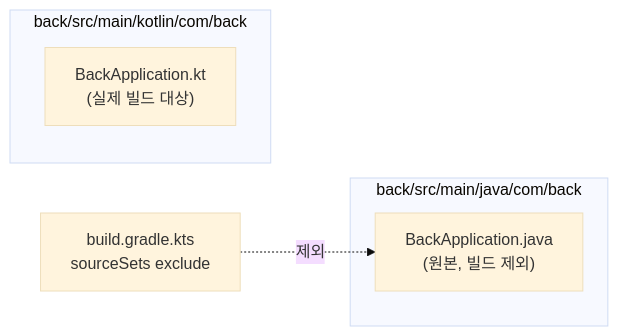
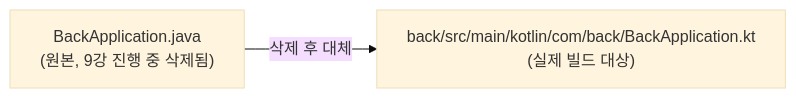
One commit to jomin4/prgrms-kotlin_conversion changed the diagram in docs/learning-log/step-06.md. Above: the diagram before and after it, drawn with Mermaid (base theme). The commit also changed other lines of this file and 3 other files, not shown here.

Commit message:
6강 소급 수정: 자바 원본 삭제, sourceSets exclude 제거 (9강부터 삭제-후-대체 방식 확정)

````diff
--- a/docs/learning-log/step-06.md
+++ b/docs/learning-log/step-06.md
@@ -48,10 +55,4 @@
 ```mermaid
 flowchart LR
-    subgraph "back/src/main/java/com/back"
-        J["BackApplication.java\n(원본, 빌드 제외)"]
-    end
-    subgraph "back/src/main/kotlin/com/back"
-        K["BackApplication.kt\n(실제 빌드 대상)"]
-    end
-    G["build.gradle.kts\nsourceSets exclude"] -.제외.-> J
+    J["BackApplication.java\n(원본, 9강 진행 중 삭제됨)"] -- "삭제 후 대체" --> K["back/src/main/kotlin/com/back/BackApplication.kt\n(실제 빌드 대상)"]
 ```
````
